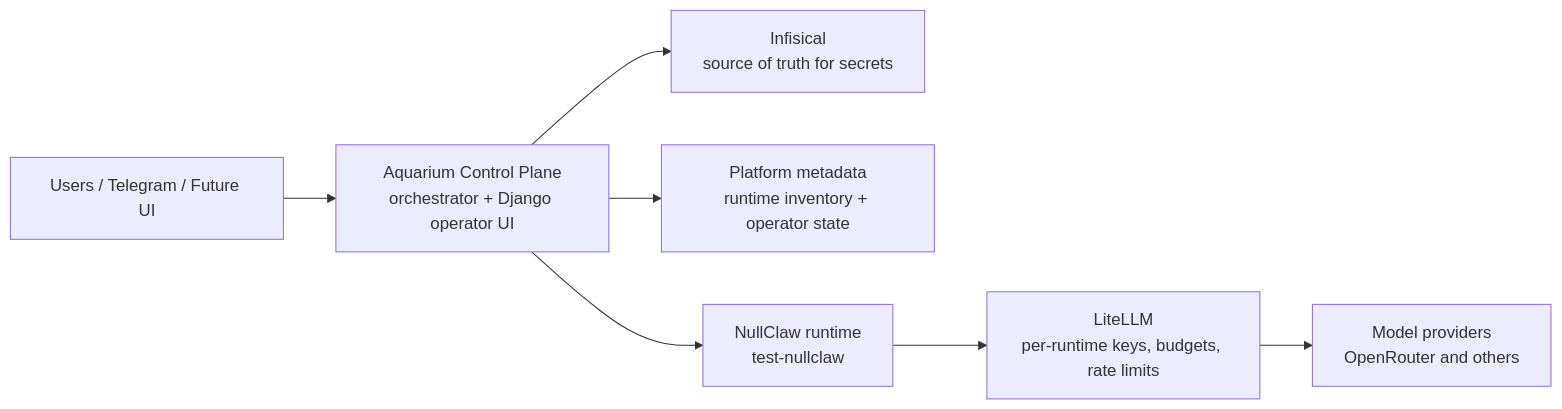
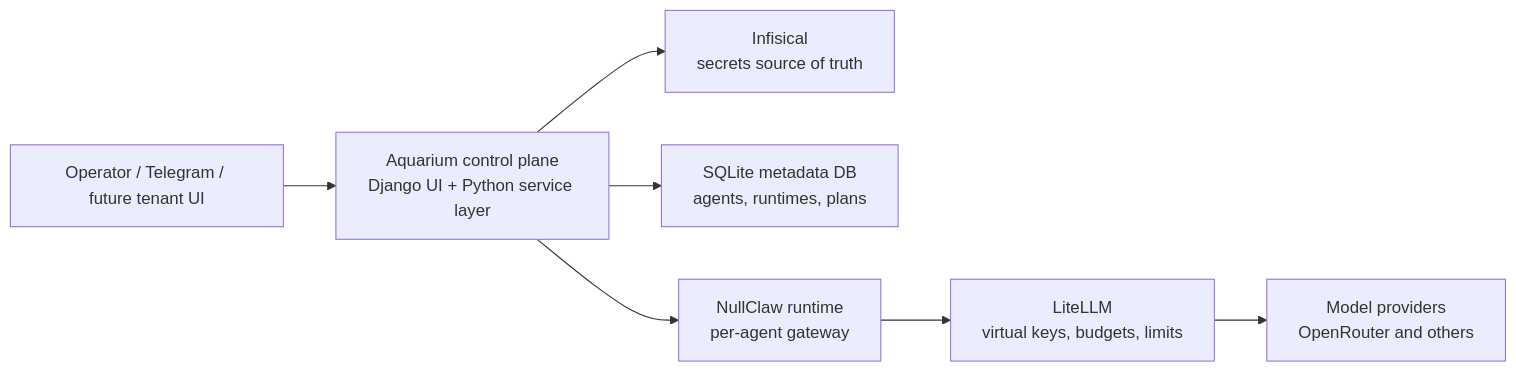
The diagram in README.md (ilyamirin/aquarium_nullclaw), drawn with Mermaid before and after one commit. The commit also changed other lines of this file and 11 other files, not shown here.

````diff
--- a/README.md
+++ b/README.md
@@ -63,9 +25,9 @@
 ```mermaid
 flowchart LR
-    user["Users / Telegram / Future UI"] --> cp["Aquarium Control Plane<br/>orchestrator + Django operator UI"]
-    cp --> inf["Infisical<br/>source of truth for secrets"]
-    cp --> db["Platform metadata<br/>runtime inventory + operator state"]
-    cp --> nc["NullClaw runtime<br/>test-nullclaw"]
-    nc --> llm["LiteLLM<br/>per-runtime keys, budgets, rate limits"]
+    user["Operator / Telegram / future tenant UI"] --> cp["Aquarium control plane<br/>Django UI + Python service layer"]
+    cp --> inf["Infisical<br/>secrets source of truth"]
+    cp --> meta["SQLite metadata DB<br/>agents, runtimes, plans"]
+    cp --> rt["NullClaw runtime<br/>per-agent gateway"]
+    rt --> llm["LiteLLM<br/>virtual keys, budgets, limits"]
     llm --> providers["Model providers<br/>OpenRouter and others"]
 ```
````
